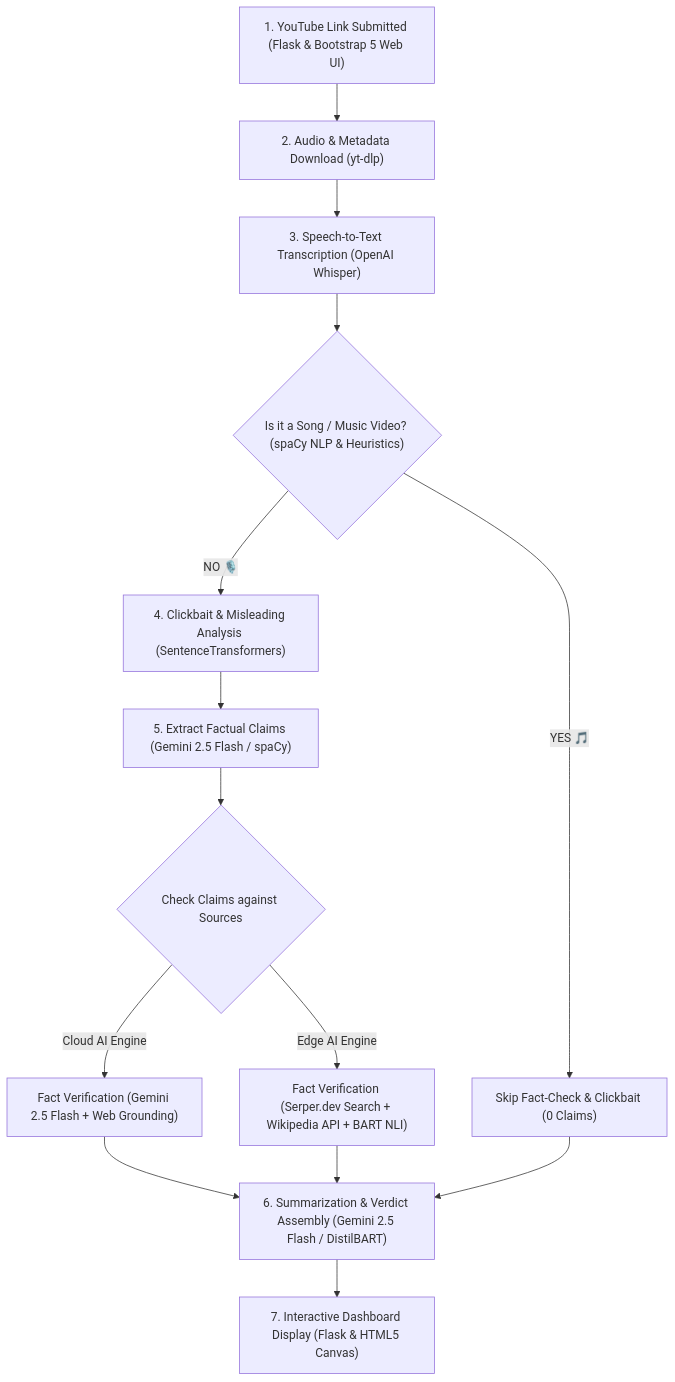
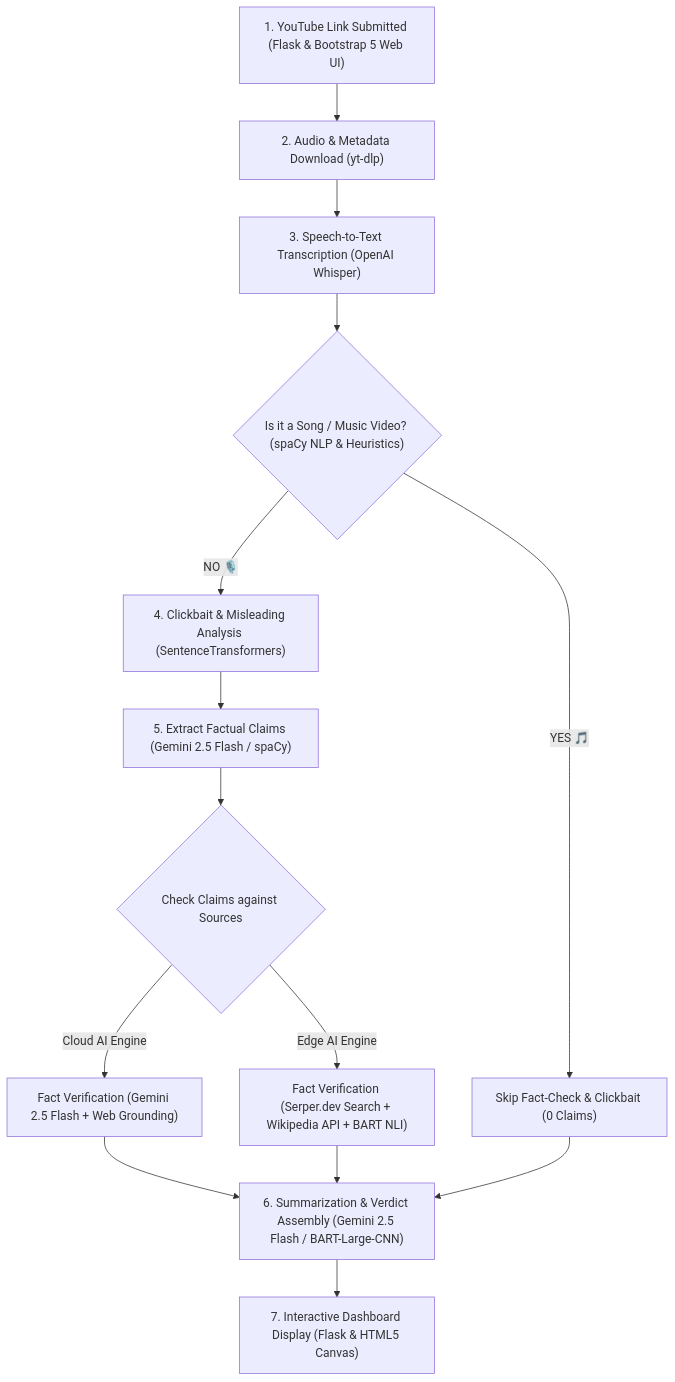
The diagram in README.md (notwarrior04/veritube_youtube_checker), drawn with Mermaid before and after one commit.

Commit message:
docs: Fix summarizer model name to BART-Large-CNN in README.md

````diff
--- a/README.md
+++ b/README.md
@@ -21,21 +21,21 @@
 ```mermaid
 flowchart TD
     A["1. YouTube Link Submitted (Flask & Bootstrap 5 Web UI)"] --> B["2. Audio & Metadata Download (yt-dlp)"]
     B --> C["3. Speech-to-Text Transcription (OpenAI Whisper)"]
     C --> D{"Is it a Song / Music Video? (spaCy NLP & Heuristics)"}
     
     D -- "YES 🎵" --> E["Skip Fact-Check & Clickbait (0 Claims)"]
     D -- "NO 🎙️" --> F["4. Clickbait & Misleading Analysis (SentenceTransformers)"]
     
     F --> G["5. Extract Factual Claims (Gemini 2.5 Flash / spaCy)"]
     G --> H{"Check Claims against Sources"}
     
     H -- "Cloud AI Engine" --> I["Fact Verification (Gemini 2.5 Flash + Web Grounding)"]
     H -- "Edge AI Engine" --> J["Fact Verification (Serper.dev Search + Wikipedia API + BART NLI)"]
     
-    I --> K["6. Summarization & Verdict Assembly (Gemini 2.5 Flash / DistilBART)"]
+    I --> K["6. Summarization & Verdict Assembly (Gemini 2.5 Flash / BART-Large-CNN)"]
     J --> K
     E --> K
     
     K --> L["7. Interactive Dashboard Display (Flask & HTML5 Canvas)"]
 ```
````
